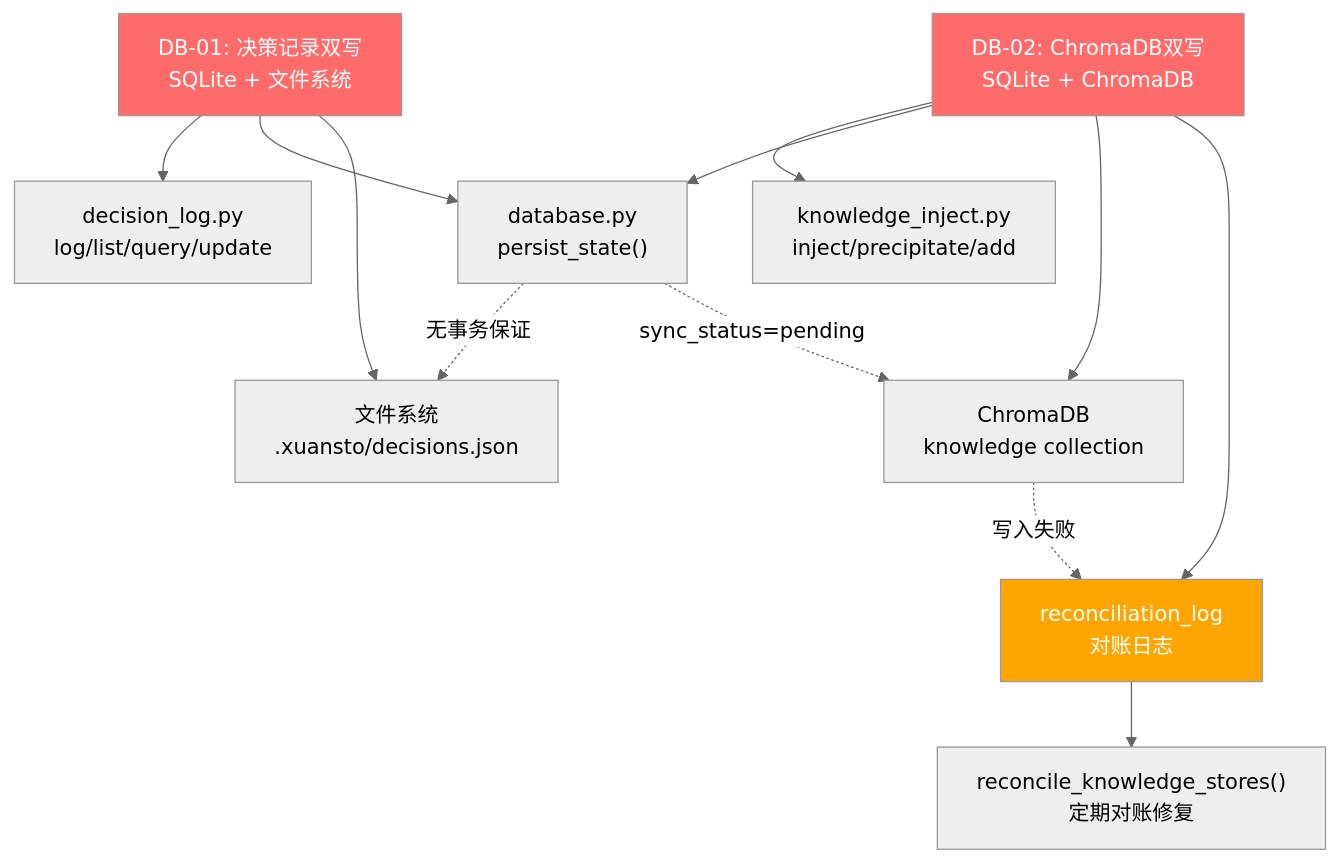
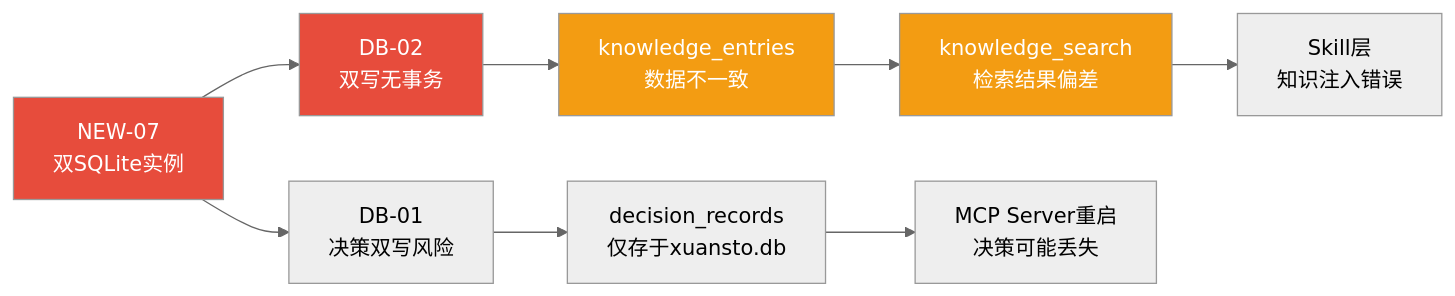
The second of 11 diagrams in docs/plan/REFACTOR_PLAN.md (xuanyuanchumo/xuansto), drawn with Mermaid (neutral theme) before and after one commit. The commit also changed other lines of this file and 68 other files, not shown here.

````diff
--- a/docs/plan/REFACTOR_PLAN.md
+++ b/docs/plan/REFACTOR_PLAN.md
@@ -168,24 +172,16 @@
 ```mermaid
-graph TD
-    DB01["DB-01: 决策记录双写<br/>SQLite + 文件系统"]
-    DB02["DB-02: ChromaDB双写<br/>SQLite + ChromaDB"]
+graph LR
+    A["NEW-07<br/>双SQLite实例"] --> B["DB-02<br/>双写无事务"]
+    B --> C["knowledge_entries<br/>数据不一致"]
+    C --> D["knowledge_search<br/>检索结果偏差"]
+    D --> E["Skill层<br/>知识注入错误"]
 
-    DB01 --> DECISION["decision_log.py<br/>log/list/query/update"]
-    DB01 --> DB["database.py<br/>persist_state()"]
-    DB01 --> FS1["文件系统<br/>.xuansto/decisions.json"]
+    A --> F["DB-01<br/>决策双写风险"]
+    F --> G["decision_records<br/>仅存于xuansto.db"]
+    G --> H["MCP Server重启<br/>决策可能丢失"]
 
-    DB02 --> INJECT["knowledge_inject.py<br/>inject/precipitate/add"]
-    DB02 --> DB
-    DB02 --> CHROMA["ChromaDB<br/>knowledge collection"]
-    DB02 --> RECON["reconciliation_log<br/>对账日志"]
-
-    DB -.->|"无事务保证"| FS1
-    DB -.->|"sync_status=pending"| CHROMA
-    CHROMA -.->|"写入失败"| RECON
-
-    RECON --> CLEANUP["reconcile_knowledge_stores()<br/>定期对账修复"]
-
-    style DB01 fill:#ff6b6b,color:#fff
-    style DB02 fill:#ff6b6b,color:#fff
-    style RECON fill:#ffa502,color:#fff
+    style A fill:#e74c3c,color:#fff
+    style B fill:#e74c3c,color:#fff
+    style C fill:#f39c12,color:#fff
+    style D fill:#f39c12,color:#fff
 ```
````
